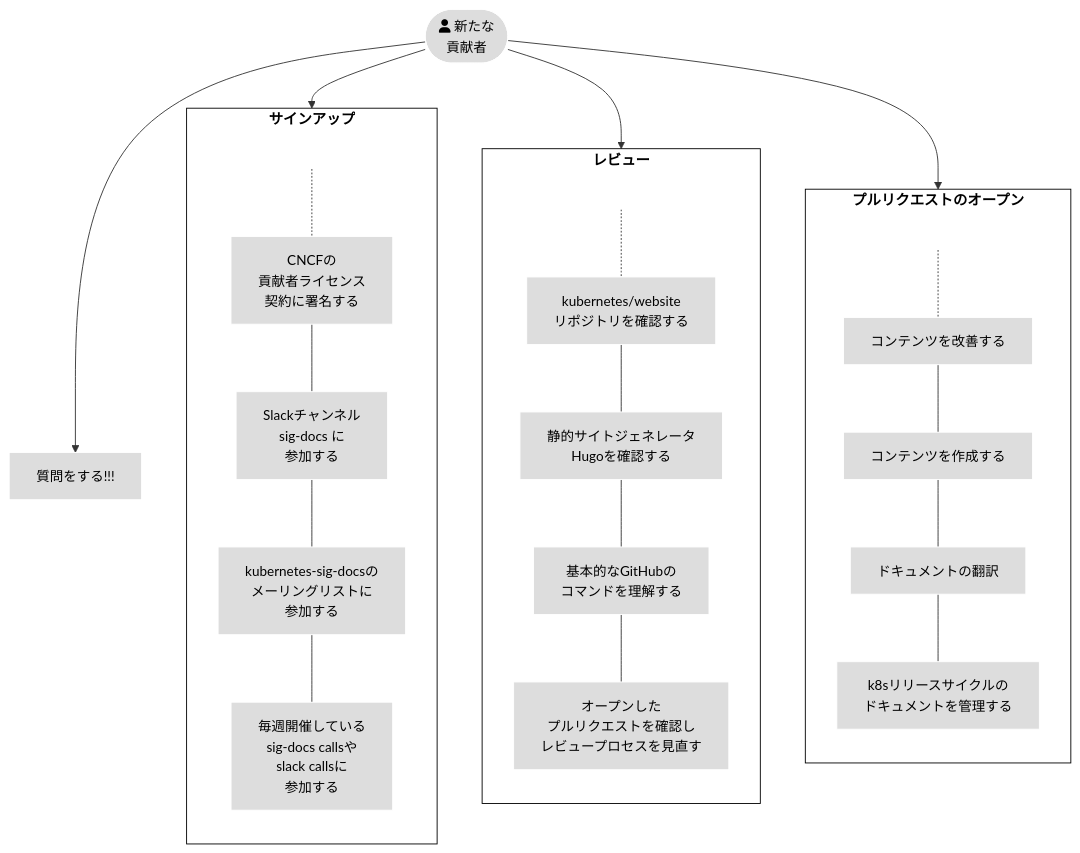
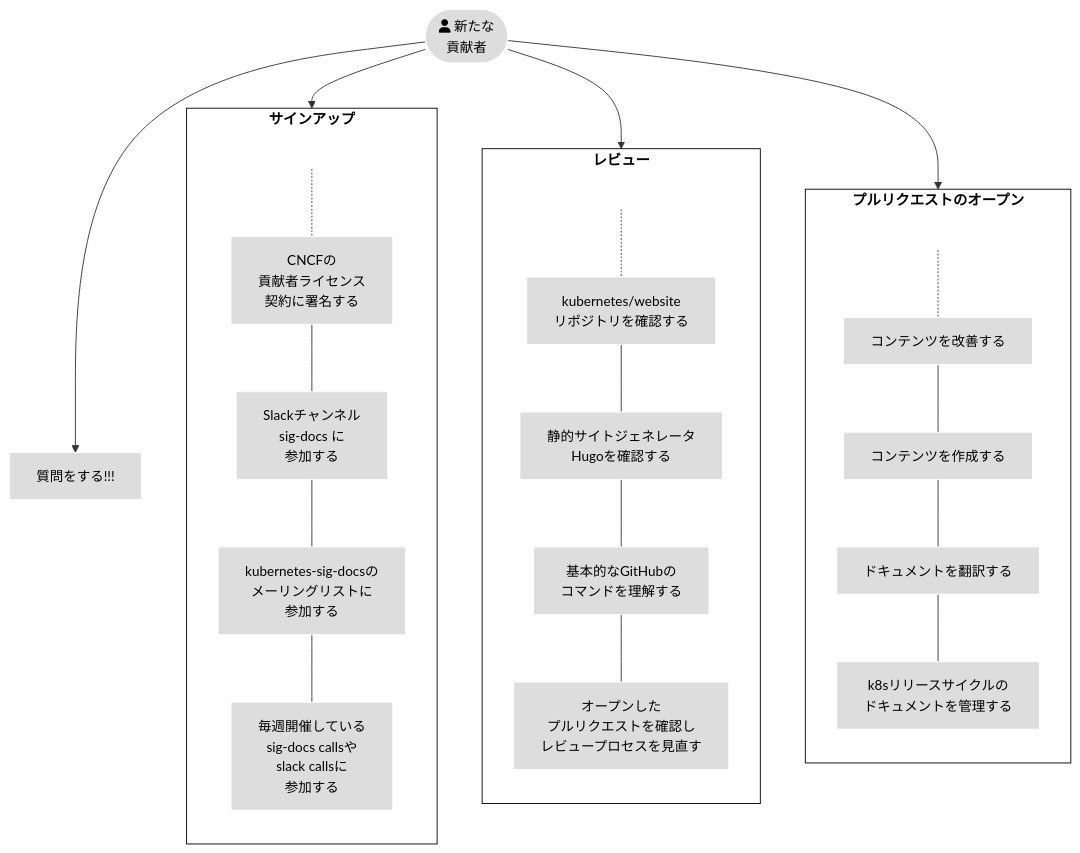
One commit to kubernetes/website changed the first of 2 diagrams in content/ja/docs/contribute/_index.md. Above: the diagram before and after it, drawn with Mermaid.

Commit message:
update: L57: change the nouns to verbs

```diff
--- a/content/ja/docs/contribute/_index.md
+++ b/content/ja/docs/contribute/_index.md
@@ -51,40 +51,40 @@
 {{< mermaid >}}
 flowchart TB
 subgraph third[プルリクエストのオープン]
 direction TB
 U[ ] -.-
 Q[コンテンツを改善する] --- N[コンテンツを作成する]
-N --- O[ドキュメントの翻訳]
+N --- O[ドキュメントを翻訳する]
 O --- P[k8sリリースサイクルの <br>ドキュメントを管理する]
 
 end
 
 subgraph second[レビュー]
 direction TB
    T[ ] -.-
    D[kubernetes/website <br>リポジトリを確認する] --- E[静的サイトジェネレータ <br>Hugoを確認する]
    E --- F[基本的なGitHubの <br>コマンドを理解する]
    F --- G[オープンした <br>プルリクエストを確認し <br>レビュープロセスを見直す]
 end
 
 subgraph first[サインアップ]
     direction TB
     S[ ] -.-
     B[CNCFの <br>貢献者ライセンス <br>契約に署名する] --- C[Slackチャンネル <br>sig-docs に<br>参加する]
     C --- V[kubernetes-sig-docsの<br> メーリングリストに <br>参加する]
     V --- M[毎週開催している <br>sig-docs callsや<br> slack callsに <br>参加する]
 end
 
 A([fa:fa-user 新たな<br>貢献者]) --> first
 A --> second
 A --> third
 A --> H[質問をする!!!]
 
 
 classDef grey fill:#dddddd,stroke:#ffffff,stroke-width:px,color:#000000, font-size:15px;
 classDef white fill:#ffffff,stroke:#000,stroke-width:px,color:#000,font-weight:bold
 classDef spacewhite fill:#ffffff,stroke:#fff,stroke-width:0px,color:#000
 class A,B,C,D,E,F,G,H,M,Q,N,O,P,V grey
 class S,T,U spacewhite
 class first,second,third white
 {{</ mermaid >}}
```
